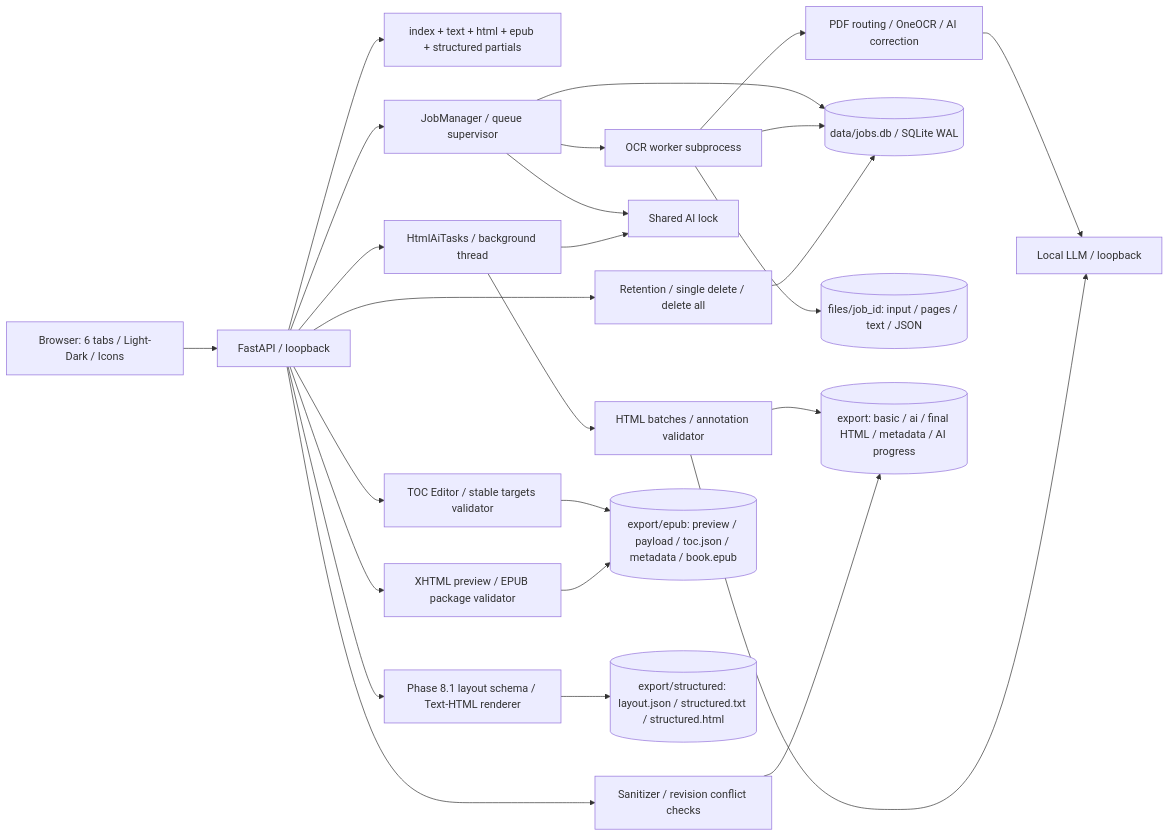
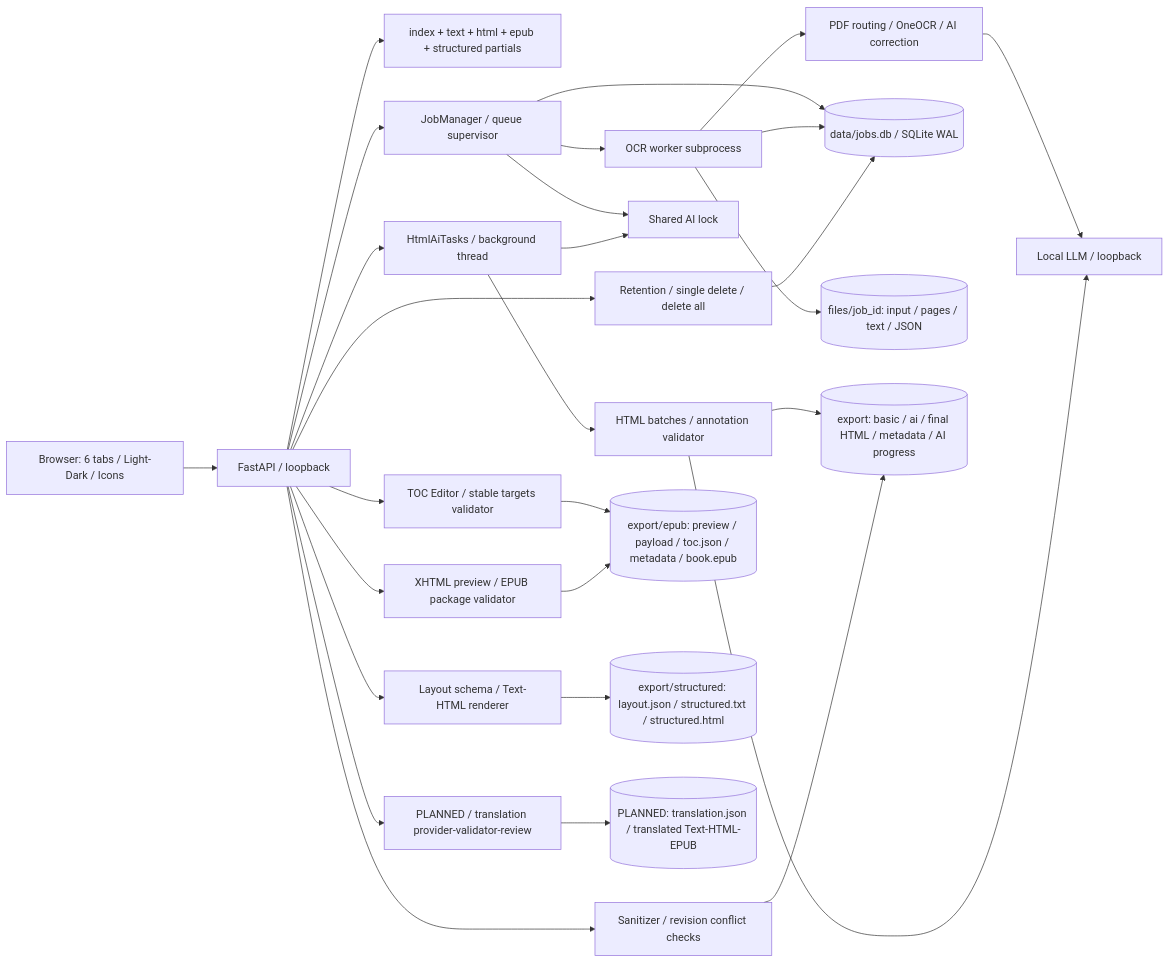
Before and after one commit to anuwatm/pdf-ocr-studio: the first of 10 diagrams in readme.md, drawn with Mermaid. The commit also changed other lines of this file, not shown here.

Commit message:
docs: update readme with document translation planning and refine features

````diff
--- a/readme.md
+++ b/readme.md
@@ -130,28 +132,30 @@
 ```mermaid
 flowchart LR
     UI["Browser: 6 tabs / Light-Dark / Icons"] --> API["FastAPI / loopback"]
     API --> Templates["index + text + html + epub + structured partials"]
     API --> Manager["JobManager / queue supervisor"]
     Manager --> Worker["OCR worker subprocess"]
     Worker --> Pipeline["PDF routing / OneOCR / AI correction"]
     API --> Tasks["HtmlAiTasks / background thread"]
     Tasks --> Exporter["HTML batches / annotation validator"]
     Manager --> Lock["Shared AI lock"]
     Tasks --> Lock
     Pipeline --> LLM["Local LLM / loopback"]
     Exporter --> LLM
     API --> Editor["Sanitizer / revision conflict checks"]
     API --> EPUB["XHTML preview / EPUB package validator"]
     API --> TOC["TOC Editor / stable targets validator"]
-    API --> Structured["Phase 8.1 layout schema / Text-HTML renderer"]
+    API --> Structured["Layout schema / Text-HTML renderer"]
+    API --> Translation["PLANNED / translation provider-validator-review"]
     API --> Cleanup["Retention / single delete / delete all"]
     Manager --> DB[("data/jobs.db / SQLite WAL")]
     Worker --> DB
     Cleanup --> DB
     Worker --> Files[("files/job_id: input / pages / text / JSON")]
     Exporter --> Exports[("export: basic / ai / final HTML / metadata / AI progress")]
     Editor --> Exports
     TOC --> Books[("export/epub: preview / payload / toc.json / metadata / book.epub")]
     EPUB --> Books
     Structured --> Layouts[("export/structured: layout.json / structured.txt / structured.html")]
+    Translation --> Translated[("PLANNED: translation.json / translated Text-HTML-EPUB")]
 ```
````
